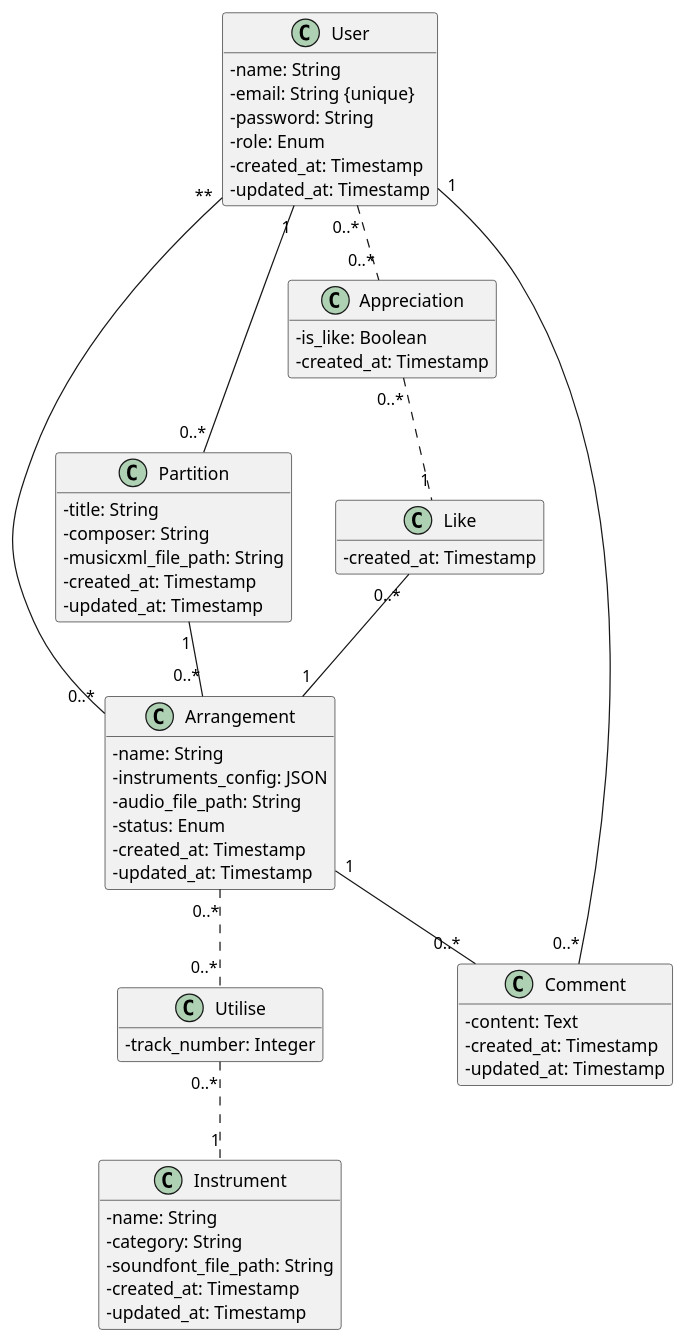
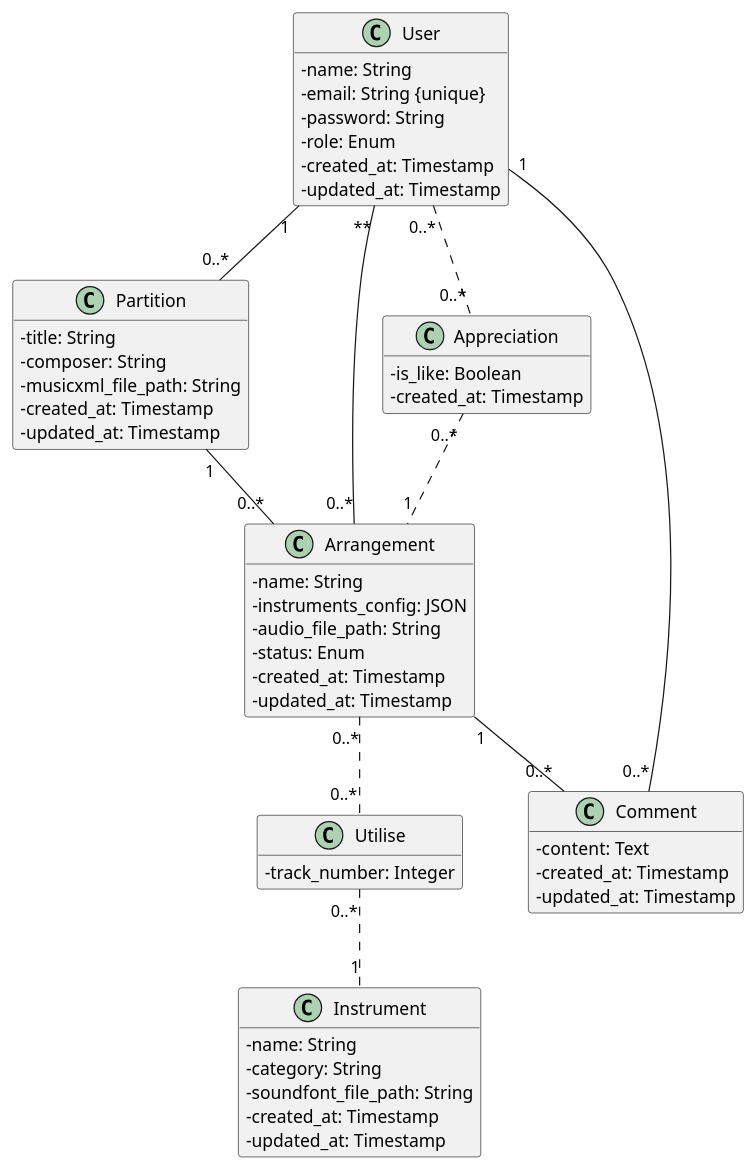
Before and after one commit to OretrO/Len-Synphonie: the first of 2 diagrams in README.md, drawn with PlantUML. The commit also changed other lines of this file, not shown here.

````diff
--- a/README.md
+++ b/README.md
@@ -62,71 +62,66 @@
 ```plantuml
 skinparam classAttributeIconSize 0
 hide empty members
 
 class User {
   - name: String
   - email: String {unique}
   - password: String
   - role: Enum
   - created_at: Timestamp
   - updated_at: Timestamp
 }
 
 class Partition {
   - title: String
   - composer: String
   - musicxml_file_path: String
   - created_at: Timestamp
   - updated_at: Timestamp
 }
 
 class Arrangement {
   - name: String
   - instruments_config: JSON
   - audio_file_path: String
   - status: Enum
   - created_at: Timestamp
   - updated_at: Timestamp
 }
 
 class Instrument {
   - name: String
   - category: String
   - soundfont_file_path: String
   - created_at: Timestamp
   - updated_at: Timestamp
 }
 
 class Comment {
   - content: Text
   - created_at: Timestamp
   - updated_at: Timestamp
 }
 
-class Like {
-  - created_at: Timestamp
-}
-
 class Utilise {
   - track_number: Integer
 }
 
 class Appreciation {
   - is_like: Boolean
   - created_at: Timestamp
 }
 
 User "1" -- "0..*" Partition
 User "**" -- "0..*" Arrangement
 User "1" -- "0..*" Comment
 
 Partition "1" -- "0..*" Arrangement
 
 Arrangement "1" -- "0..*" Comment
 Arrangement "0..*" .. "0..*" Utilise
 Utilise "0..*" .. "1" Instrument
 
 User "0..*" .. "0..*" Appreciation
-Appreciation "0..*" .. "1" Like
-Like "0..*" -- "1" Arrangement
+Appreciation "0..*" .. "1" Arrangement
 ```
````
